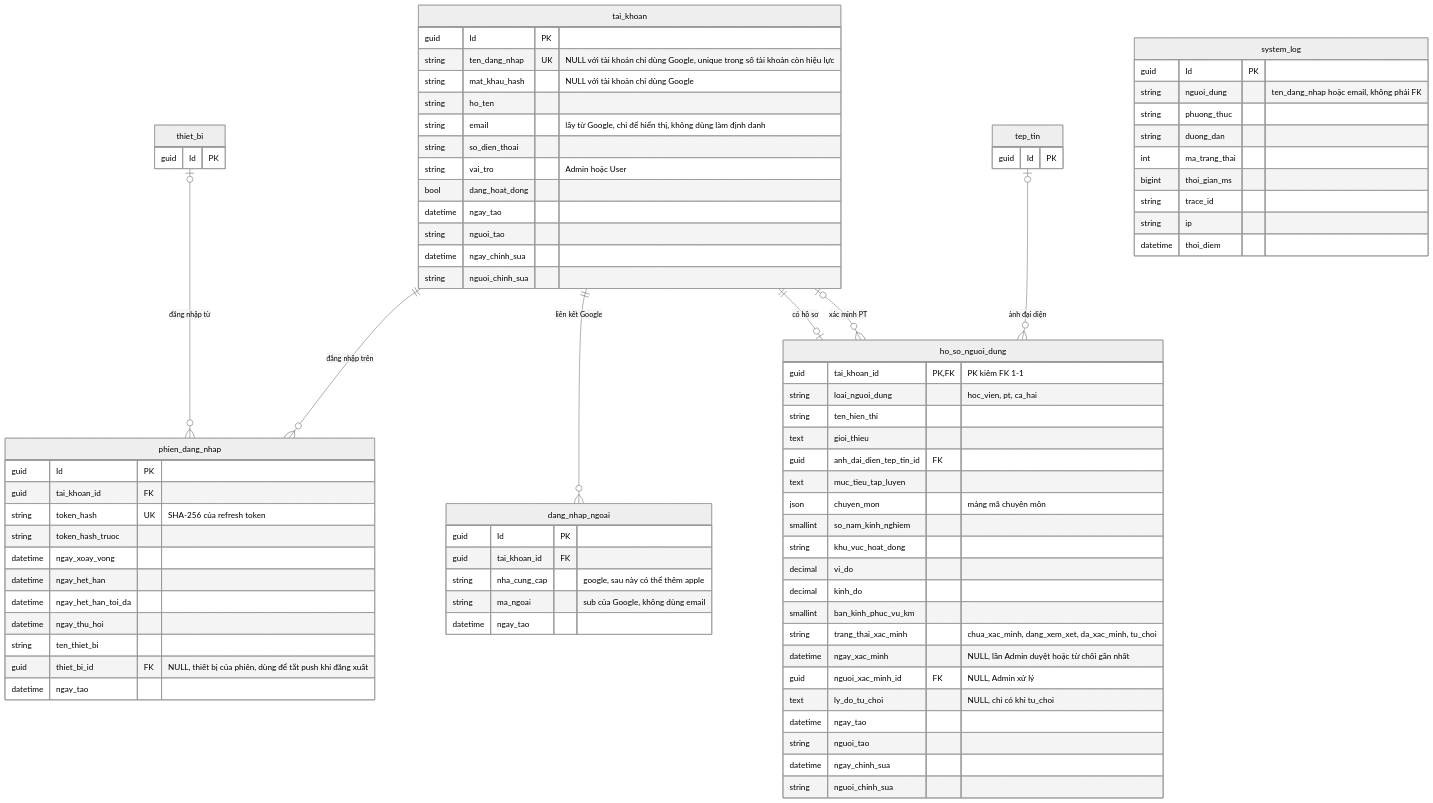
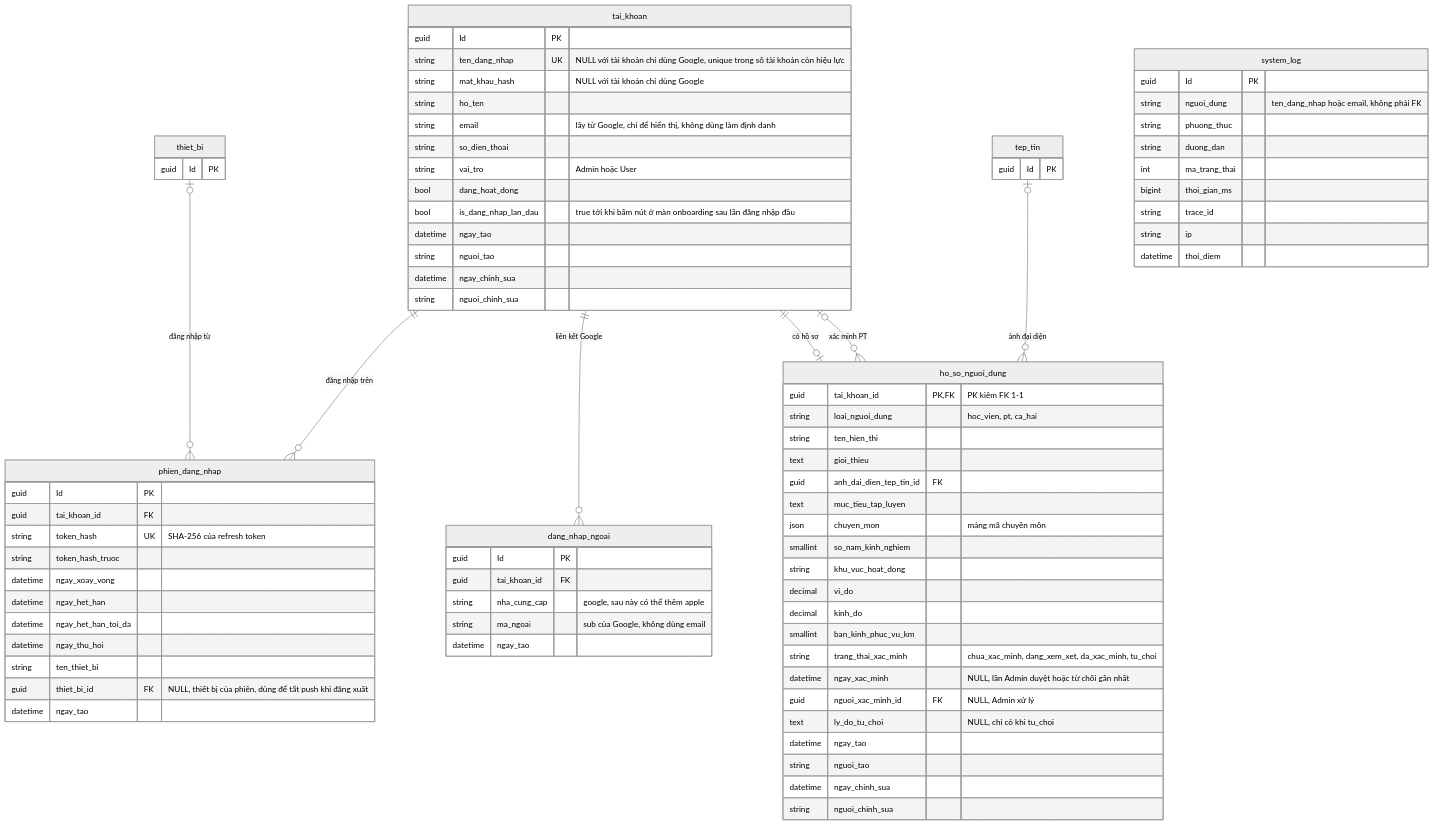
The first of 3 diagrams in database/diagrams/01-tai-khoan-ho-so.md (ngongochuy2003/GymBase), drawn with Mermaid (neutral theme) before and after one commit. The commit also changed 7 other files, not shown here.

Commit message:
docs: cập nhật tài liệu và Bruno cho luồng đăng nhập lần đầu

```diff
--- a/database/diagrams/01-tai-khoan-ho-so.md
+++ b/database/diagrams/01-tai-khoan-ho-so.md
@@ -25,6 +25,7 @@
         string so_dien_thoai
         string vai_tro "Admin hoặc User"
         bool dang_hoat_dong
+        bool is_dang_nhap_lan_dau "true tới khi bấm nút ở màn onboarding sau lần đăng nhập đầu"
         datetime ngay_tao
         string nguoi_tao
         datetime ngay_chinh_sua
```
